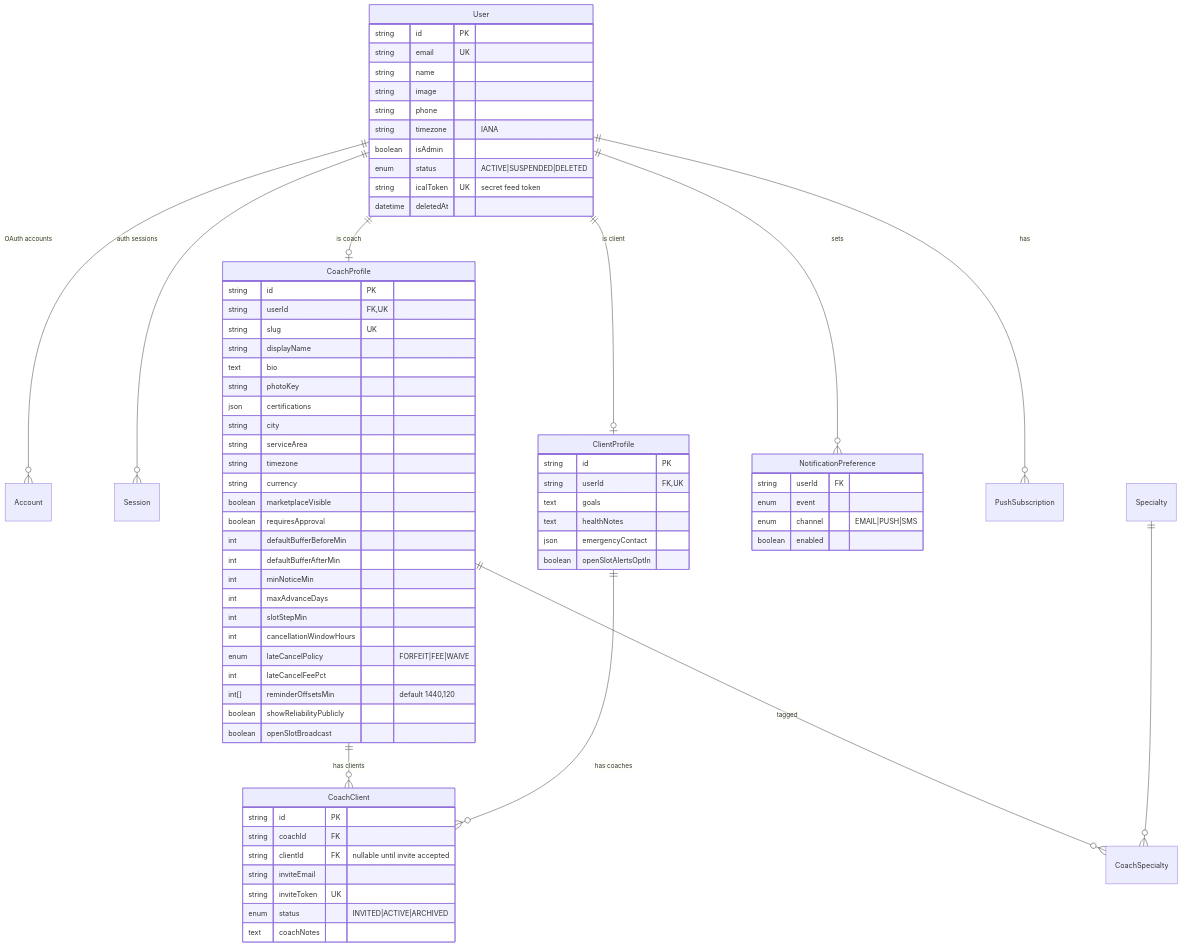
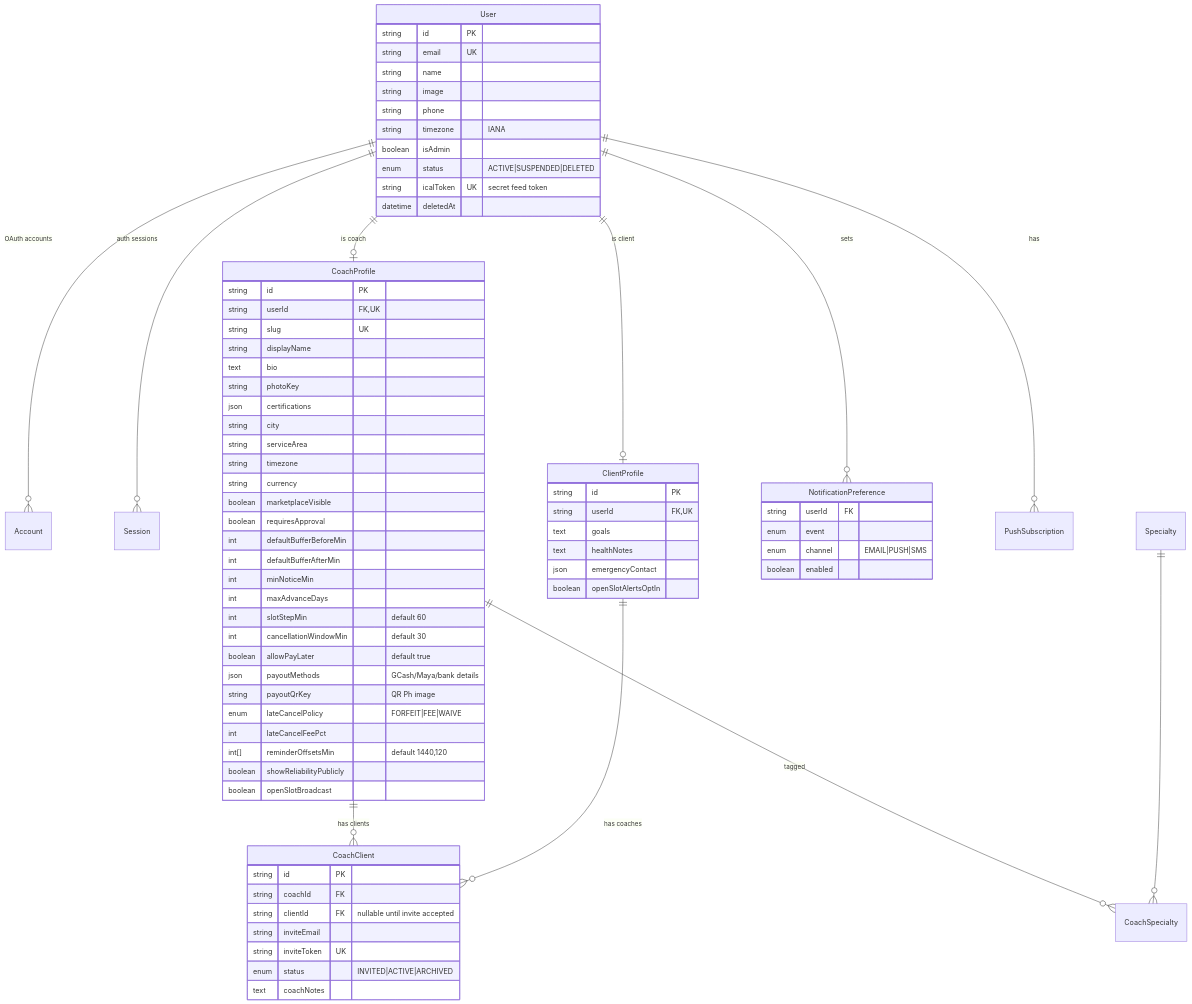
Before and after one commit to harveyallenong/Coach-App: the third of 7 diagrams in docs/PLAN.md, drawn with Mermaid. The commit also changed other lines of this file and 8 other files, not shown here.

````diff
--- a/docs/PLAN.md
+++ b/docs/PLAN.md
@@ -180,75 +193,78 @@
 ```mermaid
 erDiagram
   User ||--o{ Account : "OAuth accounts"
   User ||--o{ Session : "auth sessions"
   User ||--o| CoachProfile : "is coach"
   User ||--o| ClientProfile : "is client"
   User ||--o{ NotificationPreference : sets
   User ||--o{ PushSubscription : has
   CoachProfile ||--o{ CoachClient : "has clients"
   ClientProfile ||--o{ CoachClient : "has coaches"
   CoachProfile ||--o{ CoachSpecialty : tagged
   Specialty ||--o{ CoachSpecialty : ""
 
   User {
     string id PK
     string email UK
     string name
     string image
     string phone
     string timezone "IANA"
     boolean isAdmin
     enum status "ACTIVE|SUSPENDED|DELETED"
     string icalToken UK "secret feed token"
     datetime deletedAt
   }
   CoachProfile {
     string id PK
     string userId FK,UK
     string slug UK
     string displayName
     text bio
     string photoKey
     json certifications
     string city
     string serviceArea
     string timezone
     string currency
     boolean marketplaceVisible
     boolean requiresApproval
     int defaultBufferBeforeMin
     int defaultBufferAfterMin
     int minNoticeMin
     int maxAdvanceDays
-    int slotStepMin
-    int cancellationWindowHours
+    int slotStepMin "default 60"
+    int cancellationWindowMin "default 30"
+    boolean allowPayLater "default true"
+    json payoutMethods "GCash/Maya/bank details"
+    string payoutQrKey "QR Ph image"
     enum lateCancelPolicy "FORFEIT|FEE|WAIVE"
     int lateCancelFeePct
     int[] reminderOffsetsMin "default 1440,120"
     boolean showReliabilityPublicly
     boolean openSlotBroadcast
   }
   ClientProfile {
     string id PK
     string userId FK,UK
     text goals
     text healthNotes
     json emergencyContact
     boolean openSlotAlertsOptIn
   }
   CoachClient {
     string id PK
     string coachId FK
     string clientId FK "nullable until invite accepted"
     string inviteEmail
     string inviteToken UK
     enum status "INVITED|ACTIVE|ARCHIVED"
     text coachNotes
   }
   NotificationPreference {
     string userId FK
     enum event
     enum channel "EMAIL|PUSH|SMS"
     boolean enabled
   }
 ```
````
